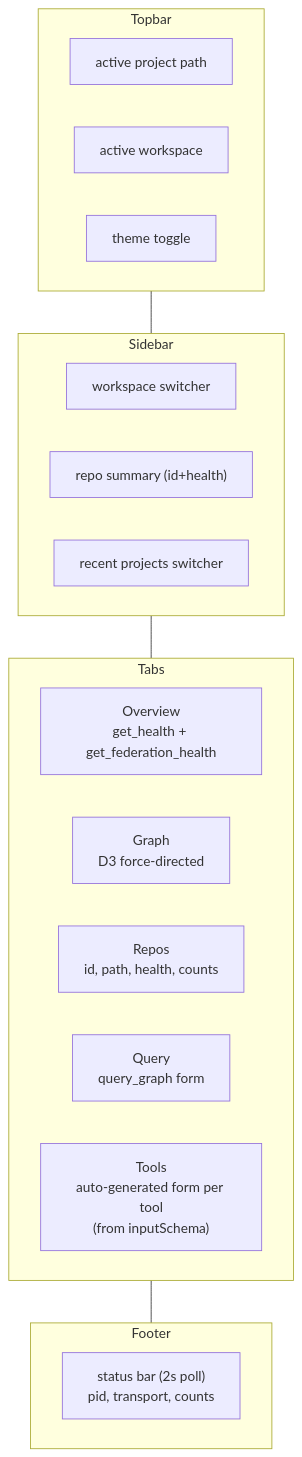
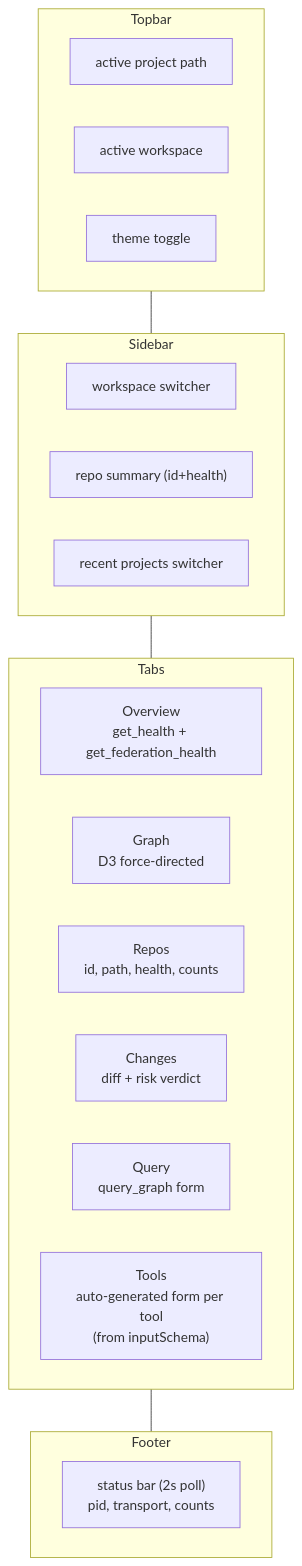
Before and after one commit to spuentesp/lain: the second of 2 diagrams in docs/command-center.md, drawn with Mermaid. The commit also changed other lines of this file and 31 other files, not shown here.

First line of the commit message:
fix: kill silent-stale failures in workspaces reload, demo pipeline, and the Command Center graph (#271)

````diff
--- a/docs/command-center.md
+++ b/docs/command-center.md
@@ -84,30 +85,31 @@
 ```mermaid
 flowchart TB
     subgraph TOP["Topbar"]
         PROJ["active project path"]
         WS["active workspace"]
         TH2["theme toggle"]
     end
 
     subgraph SIDE["Sidebar"]
         WSSW["workspace switcher"]
         REPOSW["repo summary (id+health)"]
         RECENT["recent projects switcher"]
     end
 
     subgraph TABS["Tabs"]
         OVW["Overview<br/>get_health + get_federation_health"]
         GRAPH["Graph<br/>D3 force-directed"]
         REPOSTAB["Repos<br/>id, path, health, counts"]
+        CH2["Changes<br/>diff + risk verdict"]
         Q["Query<br/>query_graph form"]
         TOOLS["Tools<br/>auto-generated form per tool<br/>(from inputSchema)"]
     end
 
     subgraph FOOT["Footer"]
         SB["status bar (2s poll)<br/>pid, transport, counts"]
     end
 
     TOP --- SIDE
     SIDE --- TABS
     TABS --- FOOT
 ```
````
